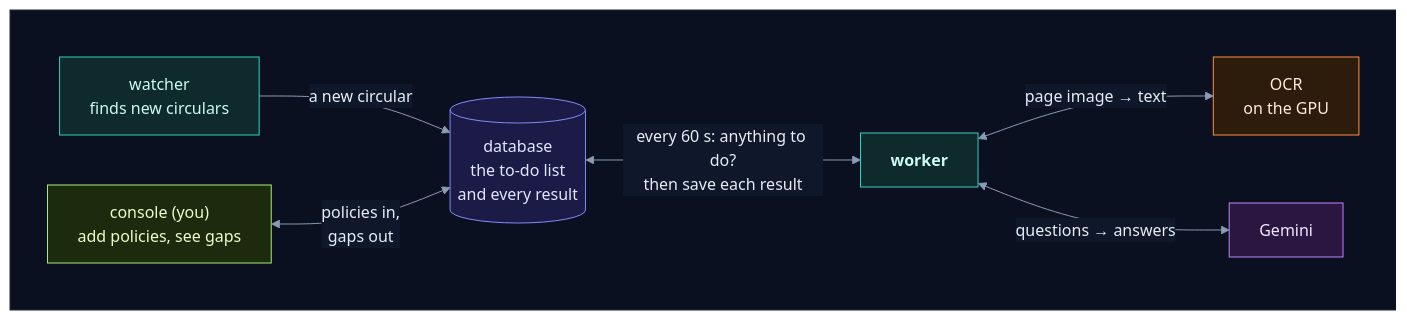
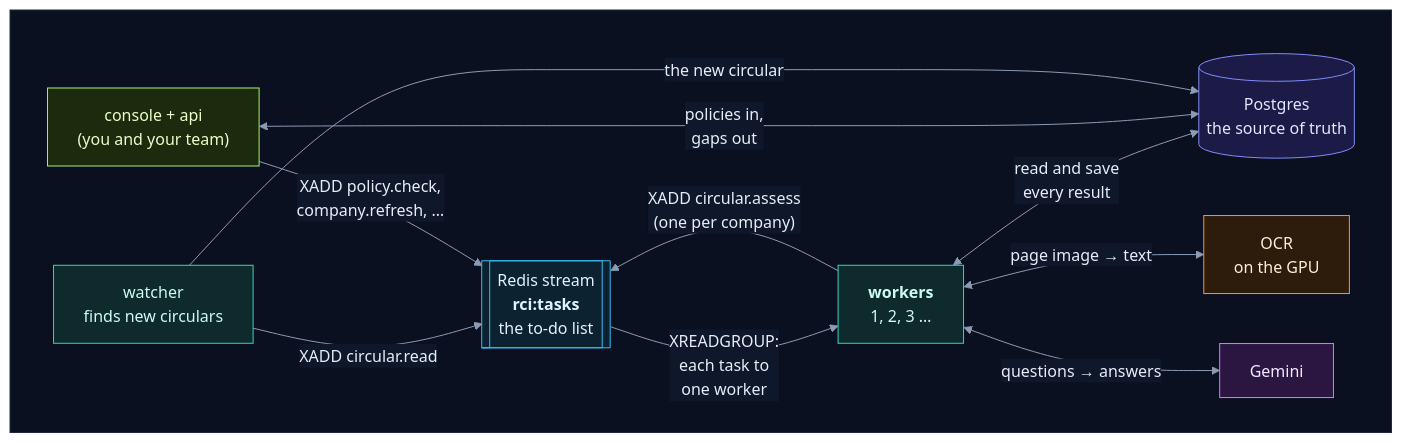
One commit to selvakumarperumal/Regulatory_Circular_Impact_Agent changed the first of 14 diagrams in how_the_worker_works.md. Above: the diagram before and after it, drawn with Mermaid. The commit also changed other lines of this file and 8 other files, not shown here.

Commit message:
Document the task queue and multi-company design

````diff
--- a/how_the_worker_works.md
+++ b/how_the_worker_works.md
@@ -33,27 +36,33 @@
 ```mermaid
 %%{init: {"theme": "base", "flowchart": {"diagramPadding": 0}, "themeVariables": {"darkMode": true, "primaryColor": "#16213a", "primaryTextColor": "#e6edf7", "primaryBorderColor": "#475a7a", "lineColor": "#8b9bb4", "secondaryColor": "#1b2436", "tertiaryColor": "#101a2e", "edgeLabelBackground": "#0f172a", "textColor": "#e2e8f0", "clusterBkg": "#0f1728", "clusterBorder": "#2b3a55", "titleColor": "#c4b5fd", "nodeTextColor": "#e6edf7"}}}%%
 flowchart LR
     subgraph canvas[" "]
         direction LR
-        watcher["watcher<br/>finds new circulars"] -->|"a new circular"| DB[("database<br/>the to-do list<br/>and every result")]
-        console["console (you)<br/>add policies, see gaps"] <-->|"policies in,<br/>gaps out"| DB
-        DB <-->|"every 60 s: anything to do?<br/>then save each result"| K["<b>worker</b>"]
+        watcher["watcher<br/>finds new circulars"] -->|"XADD circular.read"| Q[["Redis stream<br/><b>rci:tasks</b><br/>the to-do list"]]
+        console["console + api<br/>(you and your team)"] -->|"XADD policy.check,<br/>company.refresh, …"| Q
+        Q -->|"XREADGROUP:<br/>each task to<br/>one worker"| K["<b>workers</b><br/>1, 2, 3 …"]
+        K -->|"XADD circular.assess<br/>(one per company)"| Q
+        K <-->|"read and save<br/>every result"| DB[("Postgres<br/>the source of truth")]
+        console <-->|"policies in,<br/>gaps out"| DB
+        watcher -->|"the new circular"| DB
         K <-->|"page image → text"| O["OCR<br/>on the GPU"]
         K <-->|"questions → answers"| G["Gemini"]
     end
     classDef svc fill:#0e2a2c,stroke:#2dd4bf,color:#ccfbf1
     classDef data fill:#1c1a47,stroke:#818cf8,color:#e0e7ff
     classDef ext fill:#2a1640,stroke:#c084fc,color:#f3e8ff
     classDef gpu fill:#2d1b0c,stroke:#fb923c,color:#ffedd5
     classDef ask fill:#2a2410,stroke:#fbbf24,color:#fef3c7
     classDef ok fill:#0b2a1c,stroke:#34d399,color:#d1fae5
     classDef bad fill:#2e0f17,stroke:#fb7185,color:#ffe4e6
     classDef start fill:#1c2a0e,stroke:#a7ef6f,color:#ecfccb
     classDef muted fill:#1a2130,stroke:#64748b,color:#cbd5e1
+    classDef queue fill:#0c2231,stroke:#38bdf8,color:#e0f2fe
     class watcher,K svc
     class console start
+    class Q queue
     class DB data
     class O gpu
     class G ext
     style canvas fill:#0b1020,stroke:#1e293b,color:#0b1020
 ```
````
